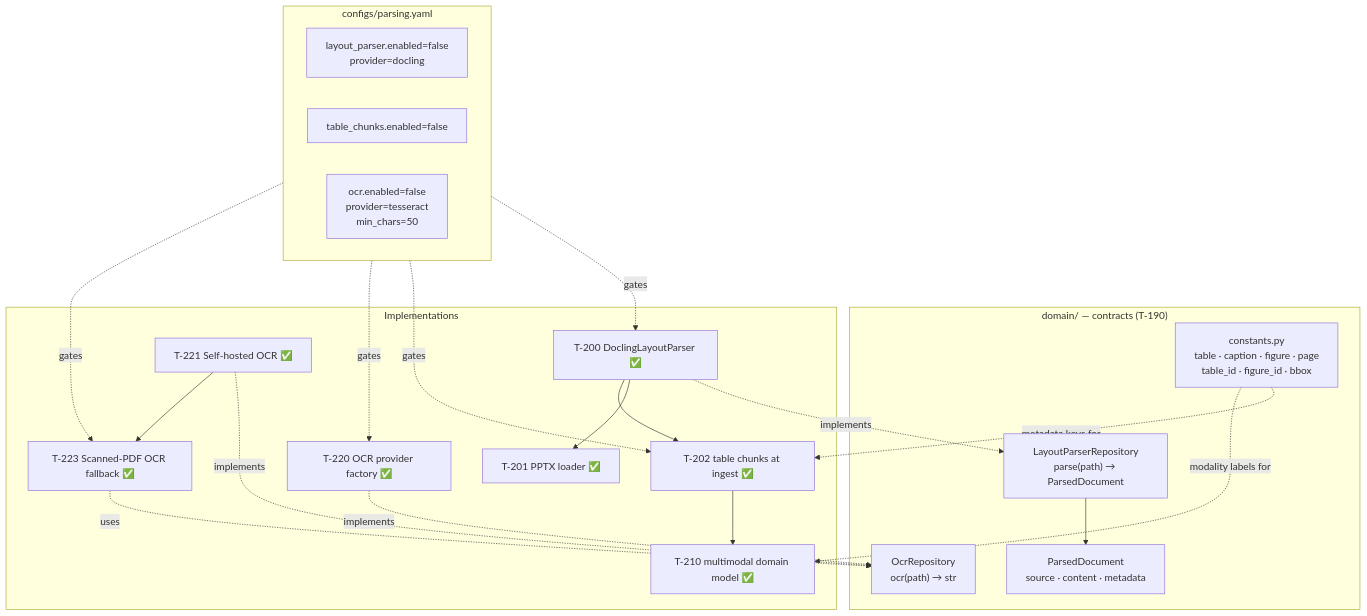
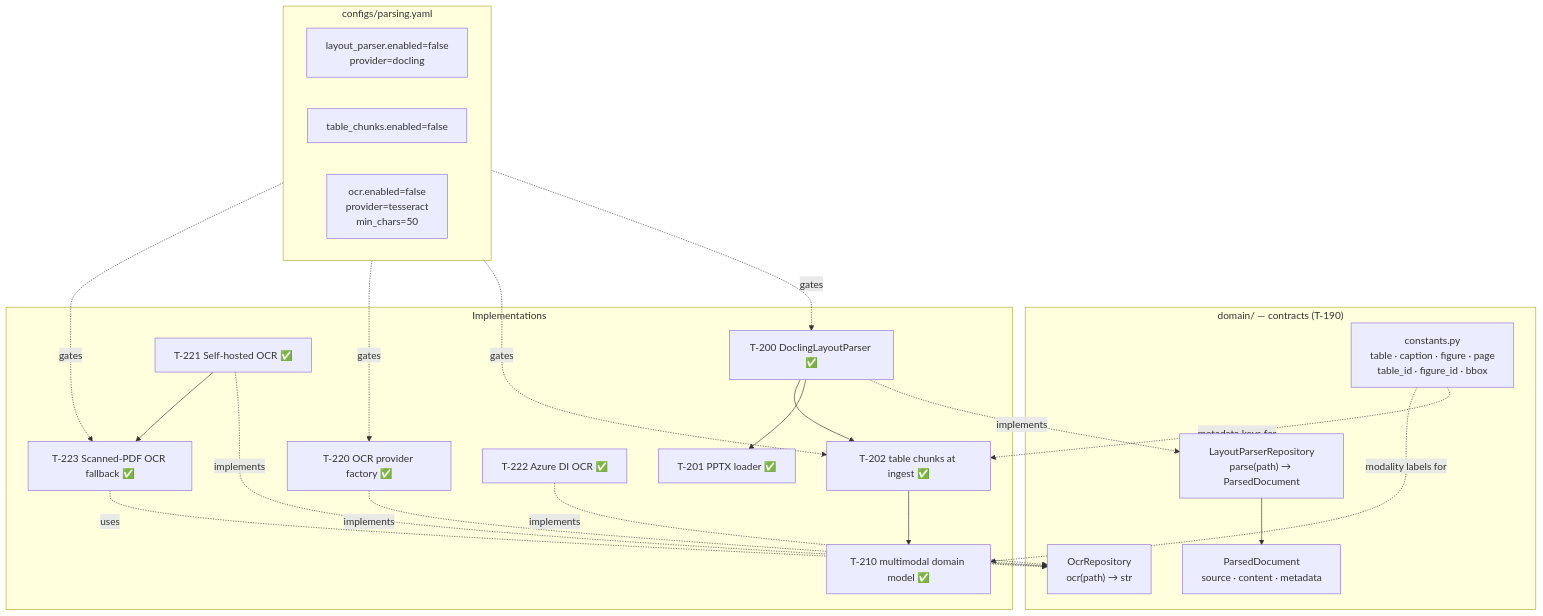
The fourth of 23 diagrams in README.md (ealbertoav/rag_platform), drawn with Mermaid before and after one commit. The commit also changed other lines of this file and 9 other files, not shown here.

First line of the commit message:
Add Azure Document Intelligence OCR support (T-222):

````diff
--- a/README.md
+++ b/README.md
@@ -595,41 +597,43 @@
 ```mermaid
 flowchart TB
     subgraph DOMAIN["domain/ — contracts (T-190)"]
         LPR["LayoutParserRepository<br/>parse(path) → ParsedDocument"]
         OCR["OcrRepository<br/>ocr(path) → str"]
         PD["ParsedDocument<br/>source · content · metadata"]
         CONST["constants.py<br/>table · caption · figure · page<br/>table_id · figure_id · bbox"]
     end
 
     subgraph CONFIG["configs/parsing.yaml"]
         LPSET["layout_parser.enabled=false<br/>provider=docling"]
         TCSET["table_chunks.enabled=false"]
         OCRSET["ocr.enabled=false<br/>provider=tesseract<br/>min_chars=50"]
     end
 
     subgraph IMPL["Implementations"]
         T200["T-200 DoclingLayoutParser ✅"]
         T201["T-201 PPTX loader ✅"]
         T202["T-202 table chunks at ingest ✅"]
         T210["T-210 multimodal domain model ✅"]
         T220["T-220 OCR provider factory ✅"]
         T221["T-221 Self-hosted OCR ✅"]
+        T222["T-222 Azure DI OCR ✅"]
         T223["T-223 Scanned-PDF OCR fallback ✅"]
     end
 
     LPR --> PD
     CONFIG -.->|gates| T200
     CONFIG -.->|gates| T202
     CONFIG -.->|gates| T220
     CONFIG -.->|gates| T223
     T200 -.->|implements| LPR
     T220 -.->|implements| OCR
     T221 -.->|implements| OCR
+    T222 -.->|implements| OCR
     T223 -.->|uses| OCR
     T200 --> T201
     T200 --> T202
     T202 --> T210
     T221 --> T223
     CONST -.->|metadata keys for| T202
     CONST -.->|modality labels for| T210
 ```
````
